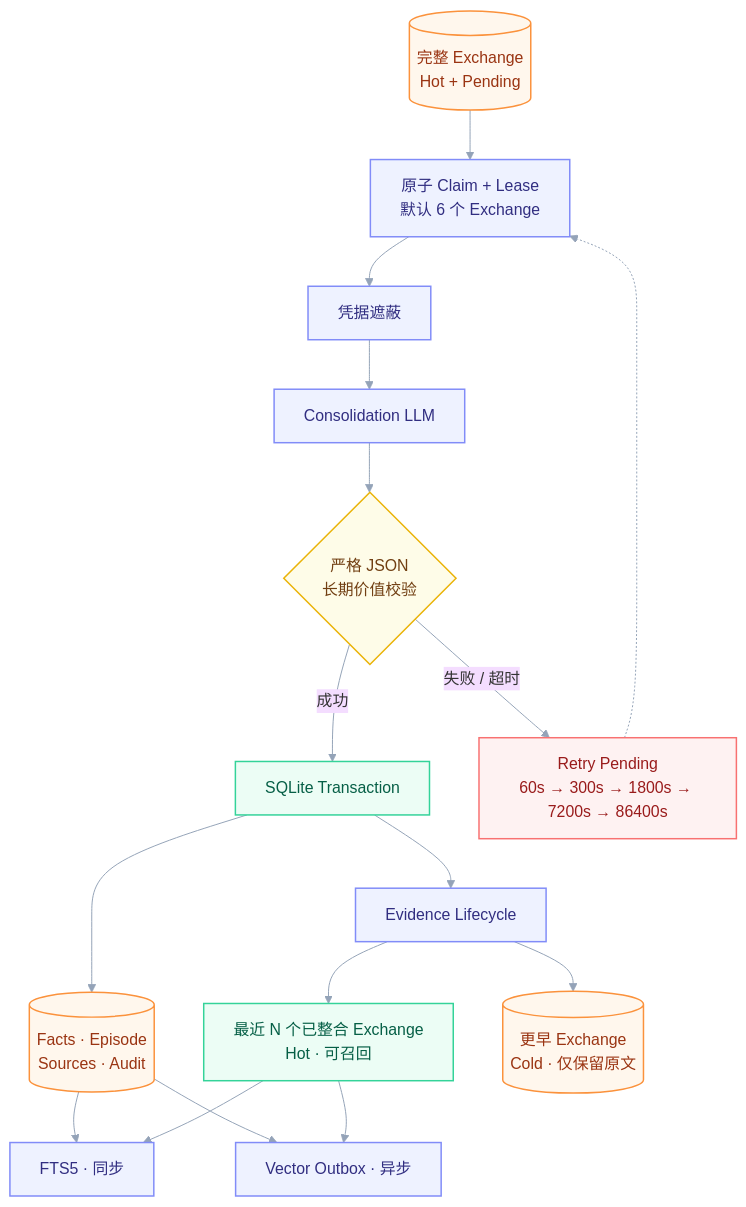
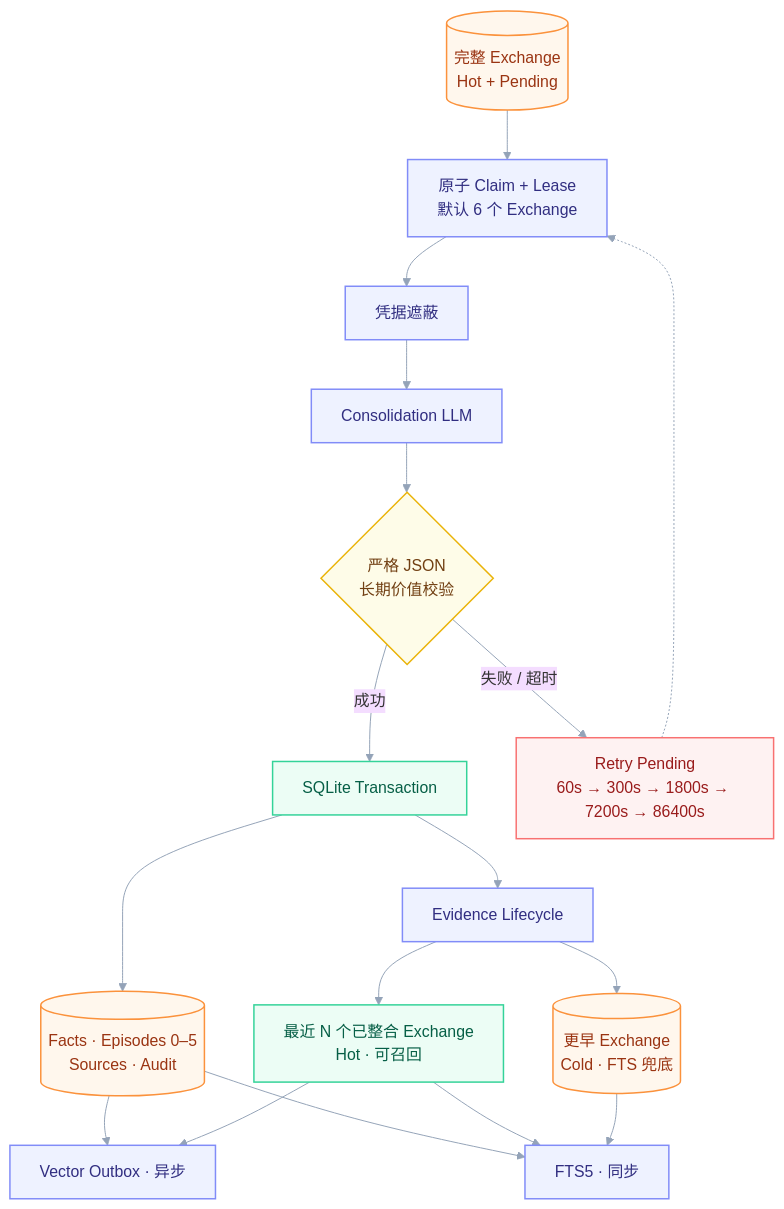
The fifth of 5 diagrams in README.md (zzjzzjzzj423/gugugaga-Agent), drawn with Mermaid before and after one commit. The commit also changed other lines of this file and 14 other files, not shown here.

````diff
--- a/README.md
+++ b/README.md
@@ -430,34 +438,35 @@
 ```mermaid
 %%{init: {"theme":"base","themeVariables":{"fontFamily":"Inter, Segoe UI, Microsoft YaHei","lineColor":"#94A3B8","clusterBkg":"#F8FAFC","clusterBorder":"#E2E8F0"}}}%%
 flowchart TB
     E[("完整 Exchange<br/>Hot + Pending")] --> C["原子 Claim + Lease<br/>默认 6 个 Exchange"]
     C --> D["凭据遮蔽"]
     D --> L["Consolidation LLM"]
     L --> V{"严格 JSON<br/>长期价值校验"}
 
     V -->|"成功"| TX["SQLite Transaction"]
-    TX --> M[("Facts · Episode<br/>Sources · Audit")]
+    TX --> M[("Facts · Episodes 0–5<br/>Sources · Audit")]
     TX --> LC["Evidence Lifecycle"]
     LC --> HOT["最近 N 个已整合 Exchange<br/>Hot · 可召回"]
-    LC --> COLD[("更早 Exchange<br/>Cold · 仅保留原文")]
+    LC --> COLD[("更早 Exchange<br/>Cold · FTS 兜底")]
 
     V -->|"失败 / 超时"| RP["Retry Pending<br/>60s → 300s → 1800s → 7200s → 86400s"]
     RP -.-> C
 
     M --> FTS["FTS5 · 同步"]
     HOT --> FTS
+    COLD --> FTS
     M --> OUT["Vector Outbox · 异步"]
     HOT --> OUT
 
     classDef source fill:#FFF7ED,stroke:#FB923C,color:#9A3412,stroke-width:1.5px;
     classDef process fill:#EEF2FF,stroke:#818CF8,color:#312E81,stroke-width:1.5px;
     classDef decision fill:#FEFCE8,stroke:#EAB308,color:#713F12,stroke-width:1.5px;
     classDef success fill:#ECFDF5,stroke:#34D399,color:#065F46,stroke-width:1.5px;
     classDef failure fill:#FEF2F2,stroke:#F87171,color:#991B1B,stroke-width:1.5px;
 
     class E,M,COLD source;
     class C,D,L,LC,FTS,OUT process;
     class V decision;
     class TX,HOT success;
     class RP failure;
 ```
````
